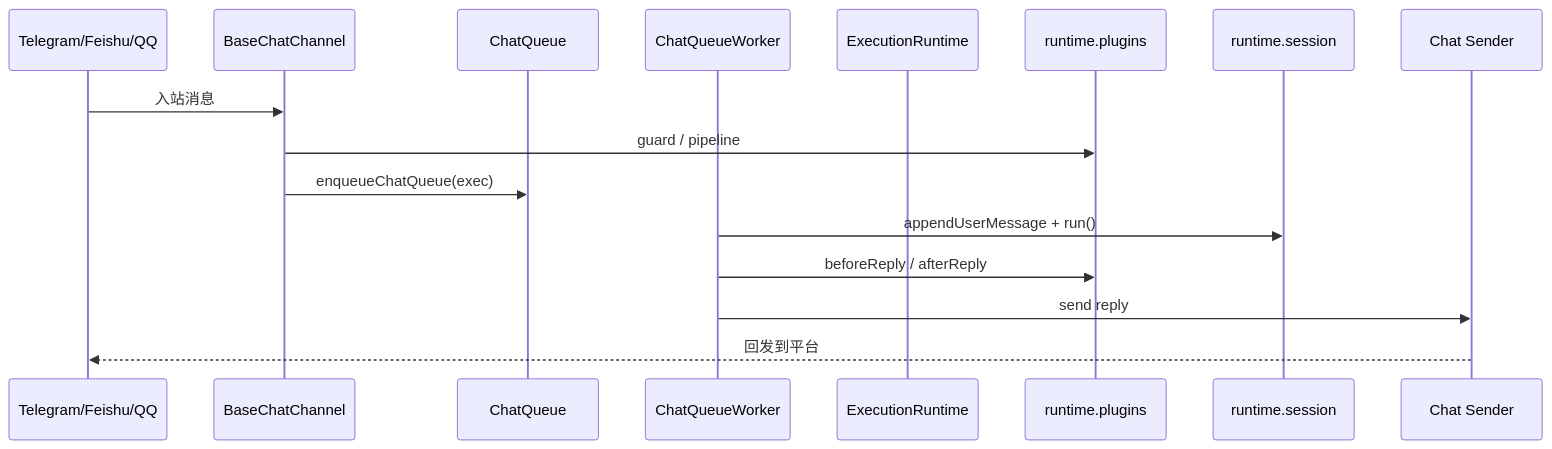
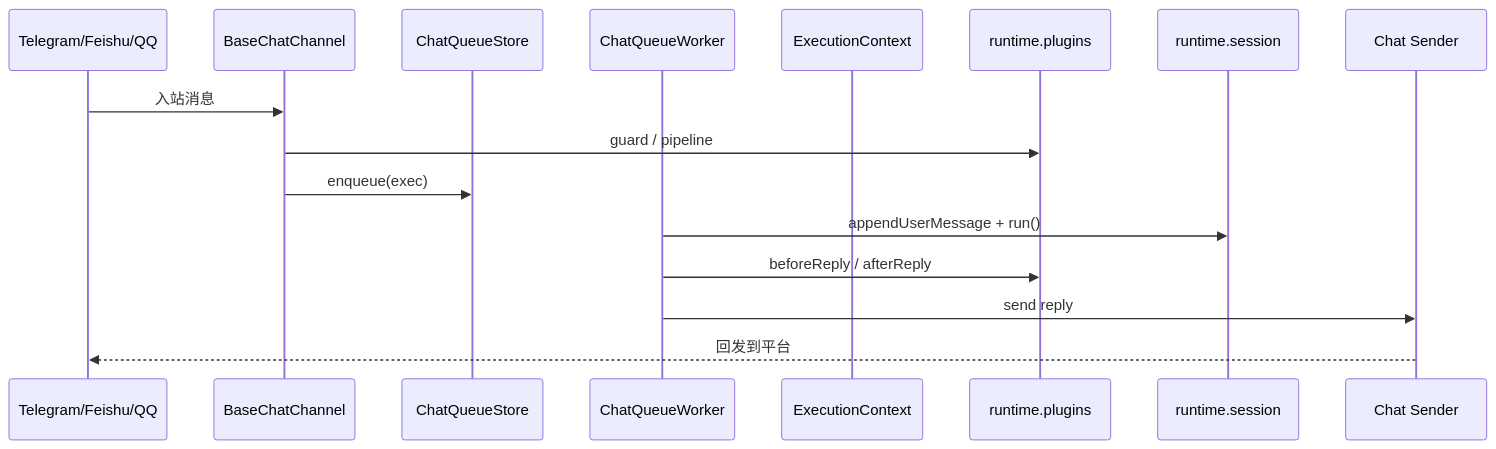
Before and after one commit to wangenius/downcity: the diagram in devdocs/chat-end-to-end-flow.md, drawn with Mermaid. The commit also changed other lines of this file and 168 other files, not shown here.

````diff
--- a/devdocs/chat-end-to-end-flow.md
+++ b/devdocs/chat-end-to-end-flow.md
@@ -11,19 +11,19 @@
 ```mermaid
 sequenceDiagram
   participant Channel as Telegram/Feishu/QQ
   participant Base as BaseChatChannel
-  participant Queue as ChatQueue
+  participant Queue as ChatQueueStore
   participant Worker as ChatQueueWorker
-  participant Runtime as ExecutionRuntime
+  participant Runtime as ExecutionContext
   participant Plugin as runtime.plugins
   participant Session as runtime.session
   participant Sender as Chat Sender
 
   Channel->>Base: 入站消息
   Base->>Plugin: guard / pipeline
-  Base->>Queue: enqueueChatQueue(exec)
+  Base->>Queue: enqueue(exec)
   Worker->>Session: appendUserMessage + run()
   Worker->>Plugin: beforeReply / afterReply
   Worker->>Sender: send reply
   Sender-->>Channel: 回发到平台
 ```
````
